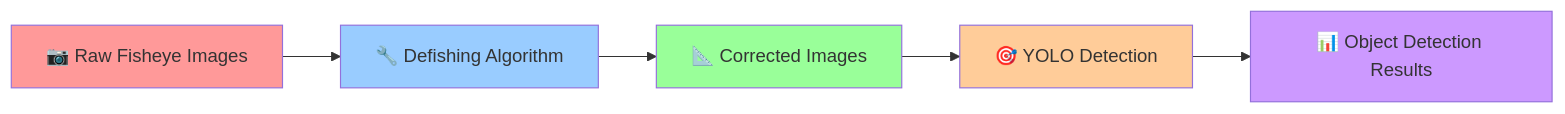
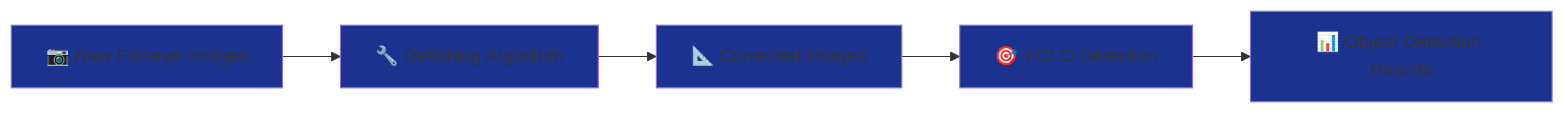
The diagram in README.md (Davi-SB/Fish-Eye-Lens-Correction---Defishing), drawn with Mermaid before and after one commit.

Commit message:
fix(readme): change pipeline colors

````diff
--- a/README.md
+++ b/README.md
@@ -14,13 +14,13 @@
 ```mermaid
 graph LR
     A[📷 Raw Fisheye Images] --> B[🔧 Defishing Algorithm]
     B --> C[📐 Corrected Images]
     C --> D[🎯 YOLO Detection]
     D --> E[📊 Object Detection Results]
     
-    style A fill:#ff9999
-    style B fill:#99ccff
-    style C fill:#99ff99
-    style D fill:#ffcc99
-    style E fill:#cc99ff
+    style A fill:#1B328F
+    style B fill:#1B328F
+    style C fill:#1B328F
+    style D fill:#1B328F
+    style E fill:#1B328F
 ```
````
